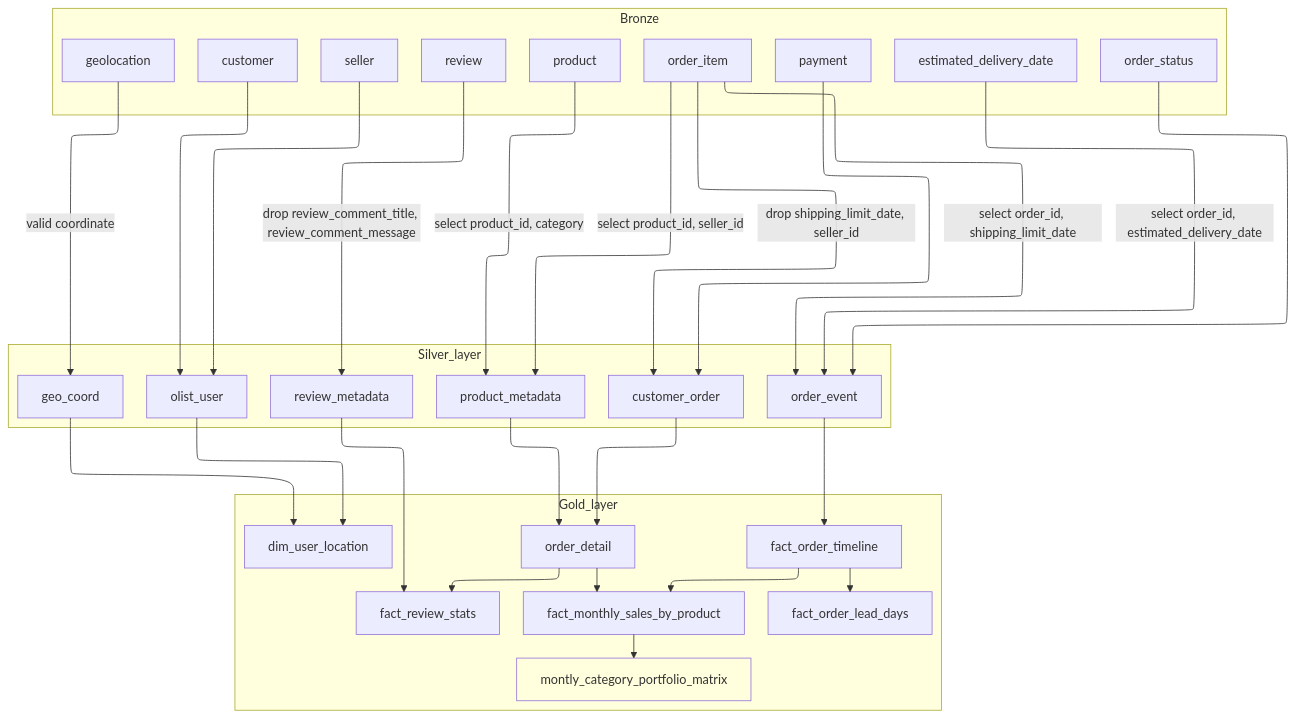
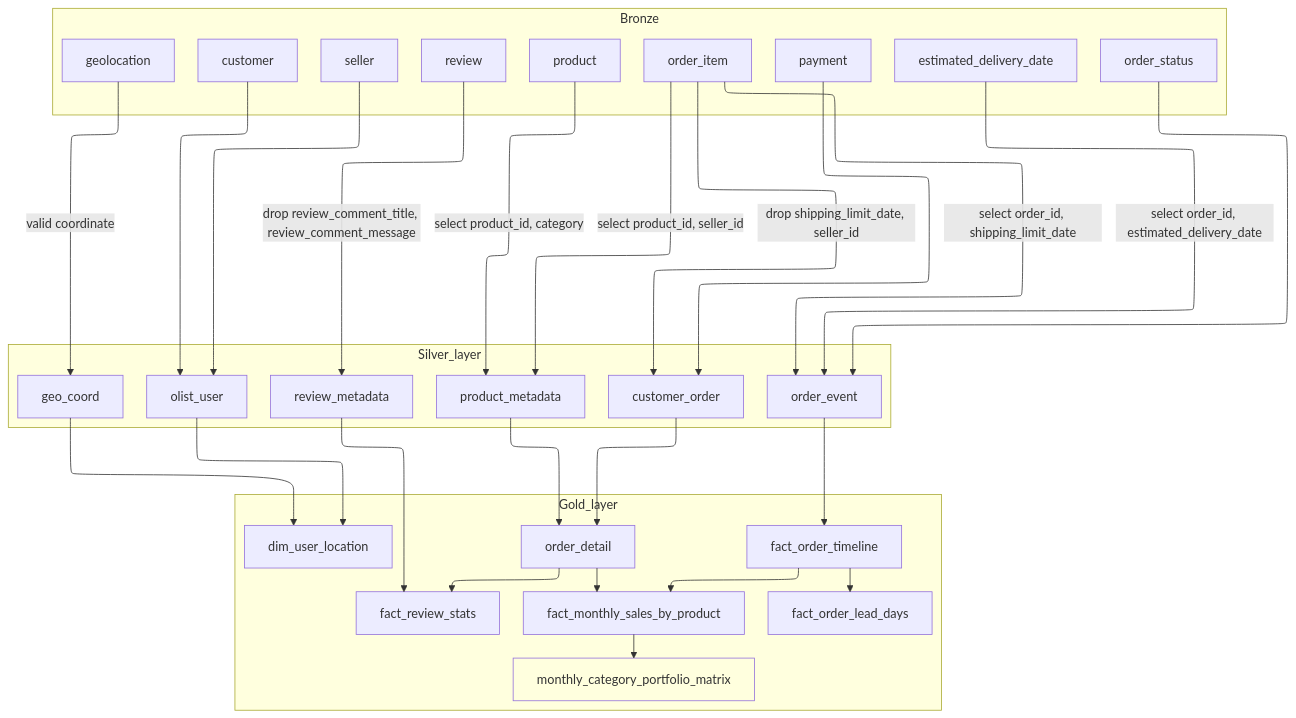
One commit to jmhwang-dev/e-commerce changed the diagram in docs/pipeline.mmd. Above: the diagram before and after it, drawn with Mermaid. The commit also changed 2 other files, not shown here.

```diff
--- a/docs/pipeline.mmd
+++ b/docs/pipeline.mmd
@@ -1,54 +1,54 @@
 ---
 config:
   layout: elk
 ---
 flowchart TD
  subgraph Kafka_Topics["Bronze"]
         order_status["order_status"]
         order_item["order_item"]
         estimated_delivery_date["estimated_delivery_date"]
         product["product"]
         payment["payment"]
         customer["customer"]
         seller["seller"]
         geolocation["geolocation"]
         review["review"]
   end
  subgraph Silver_layer["Silver_layer"]
         order_event["order_event"]
         customer_order["customer_order"]
         product_metadata["product_metadata"]
         olist_user["olist_user"]
         geo_coord["geo_coord"]
         review_metadata["review_metadata"]
   end
  subgraph Gold_layer["Gold_layer"]
         fact_order_timeline["fact_order_timeline"]
         order_detail["order_detail"]
         dim_user_location["dim_user_location"]
         fact_monthly_sales_by_product["fact_monthly_sales_by_product"]
-        montly_category_portfolio_matrix["montly_category_portfolio_matrix"]
+        monthly_category_portfolio_matrix["monthly_category_portfolio_matrix"]
         fact_review_stats["fact_review_stats"]
         fact_order_lead_days["fact_order_lead_days"]
   end
     order_status --> order_event
     order_item -- drop shipping_limit_date, seller_id --> customer_order
     order_item -- select order_id, shipping_limit_date --> order_event
     estimated_delivery_date -- select order_id, estimated_delivery_date --> order_event
     product -- select product_id, category --> product_metadata
     review -- drop review_comment_title, review_comment_message --> review_metadata
     review_metadata --> fact_review_stats
     order_event --> fact_order_timeline
     order_item -- select product_id, seller_id --> product_metadata
     payment --> customer_order
     product_metadata --> order_detail
     customer_order --> order_detail
     fact_order_timeline --> fact_order_lead_days & fact_monthly_sales_by_product
     olist_user --> dim_user_location
     geo_coord --> dim_user_location
     seller --> olist_user
     customer --> olist_user
     geolocation -- valid coordinate --> geo_coord
-    fact_monthly_sales_by_product --> montly_category_portfolio_matrix
+    fact_monthly_sales_by_product --> monthly_category_portfolio_matrix
     order_detail --> fact_monthly_sales_by_product & fact_review_stats
-    style montly_category_portfolio_matrix fill:transparent
+    style monthly_category_portfolio_matrix fill:transparent
```
